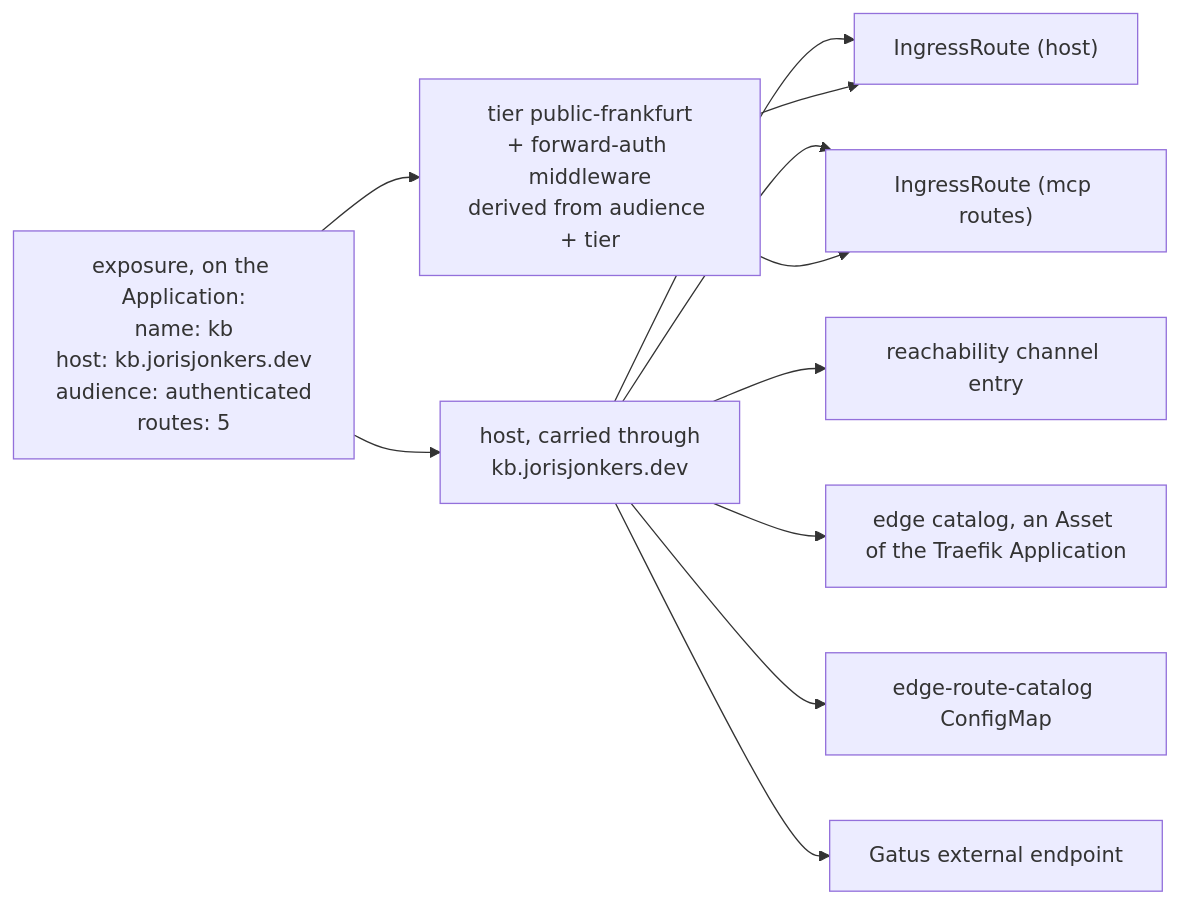
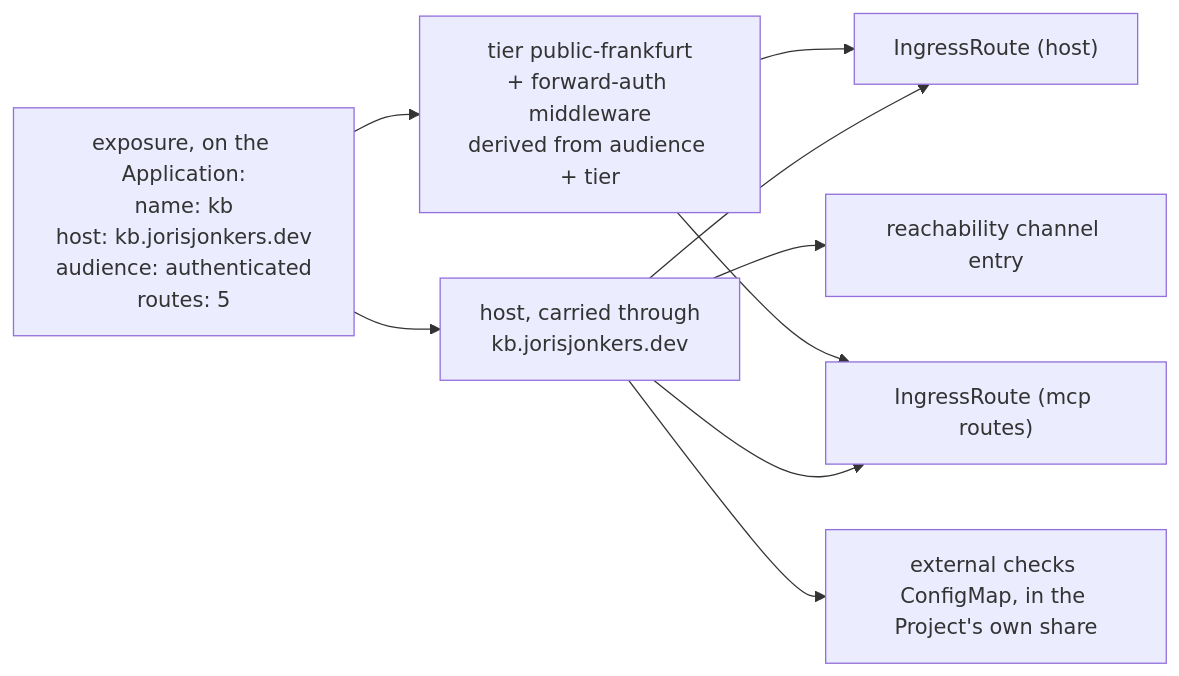
The third of 3 diagrams in spec/v1/16-dependencies.md (JorisJonkers-dev/deploy-kit), drawn with Mermaid before and after one commit. The commit also changed other lines of this file and 11 other files, not shown here.

First line of the commit message:
docs: render each Project's external checks in its own share

````diff
--- a/spec/v1/16-dependencies.md
+++ b/spec/v1/16-dependencies.md
@@ -1130,16 +1136,14 @@
 ```mermaid
 flowchart LR
     X["exposure, on the Application:<br/>name: kb<br/>host: kb.jorisjonkers.dev<br/>audience: authenticated<br/>routes: 5"]
 
     X --> H["host, carried through<br/>kb.jorisjonkers.dev"]
     X --> T["tier public-frankfurt<br/>+ forward-auth middleware<br/>derived from audience + tier"]
 
     H --> A1["IngressRoute (host)"]
     H --> A2["IngressRoute (mcp routes)"]
     H --> A3["reachability channel entry"]
-    H --> A4["edge catalog, an Asset of the Traefik Application"]
-    H --> A5["edge-route-catalog ConfigMap"]
-    H --> A6["Gatus external endpoint"]
+    H --> A6["external checks ConfigMap, in the Project's own share"]
     T --> A1
     T --> A2
 ```
````
